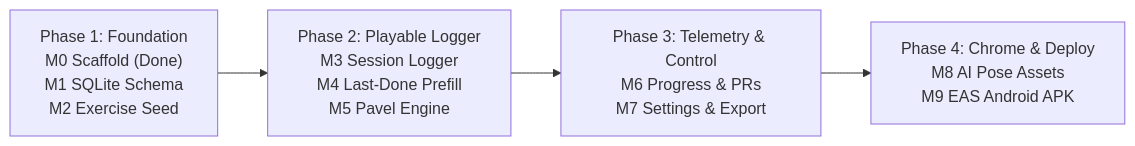
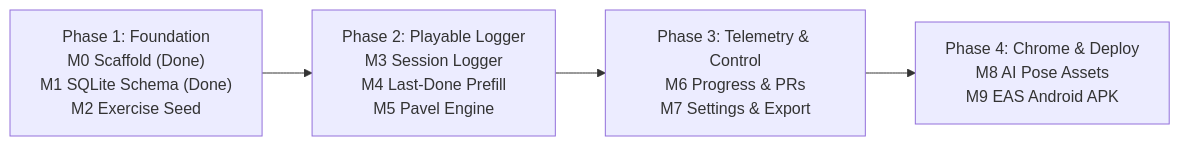
The diagram in docs/index.md (ccmueller355/shadowtrain), drawn with Mermaid before and after one commit. The commit also changed other lines of this file and 13 other files, not shown here.

Commit message:
feat(m1): implement expo-sqlite v1 schema, migrations, write queue & repositories (#13)

````diff
--- a/docs/index.md
+++ b/docs/index.md
@@ -45,6 +45,6 @@
 ```mermaid
 flowchart LR
-  P1["Phase 1: Foundation\nM0 Scaffold (Done)\nM1 SQLite Schema\nM2 Exercise Seed"] --> P2["Phase 2: Playable Logger\nM3 Session Logger\nM4 Last-Done Prefill\nM5 Pavel Engine"]
+  P1["Phase 1: Foundation\nM0 Scaffold (Done)\nM1 SQLite Schema (Done)\nM2 Exercise Seed"] --> P2["Phase 2: Playable Logger\nM3 Session Logger\nM4 Last-Done Prefill\nM5 Pavel Engine"]
   P2 --> P3["Phase 3: Telemetry & Control\nM6 Progress & PRs\nM7 Settings & Export"]
   P3 --> P4["Phase 4: Chrome & Deploy\nM8 AI Pose Assets\nM9 EAS Android APK"]
 ```
````
